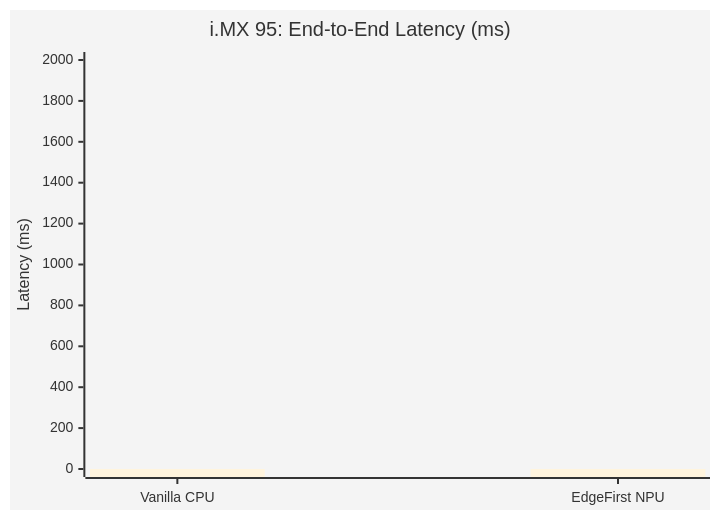
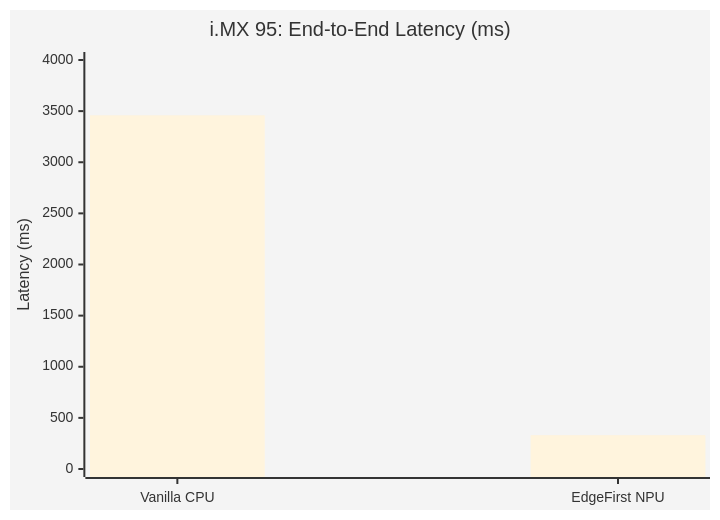
The fourth of 4 diagrams in BENCHMARKS.md (EdgeFirstAI/nanosam), drawn with Mermaid before and after one commit. The commit also changed other lines of this file, not shown here.

````diff
--- a/BENCHMARKS.md
+++ b/BENCHMARKS.md
@@ -207,8 +231,8 @@
 ```mermaid
 %%{init: {'theme': 'base'}}%%
 xychart-beta
     title "i.MX 95: End-to-End Latency (ms)"
     x-axis ["Vanilla CPU", "EdgeFirst NPU"]
-    y-axis "Latency (ms)" 0 --> 2000
-    bar [0, 0]
+    y-axis "Latency (ms)" 0 --> 4000
+    bar [3459, 331]
 ```
````
